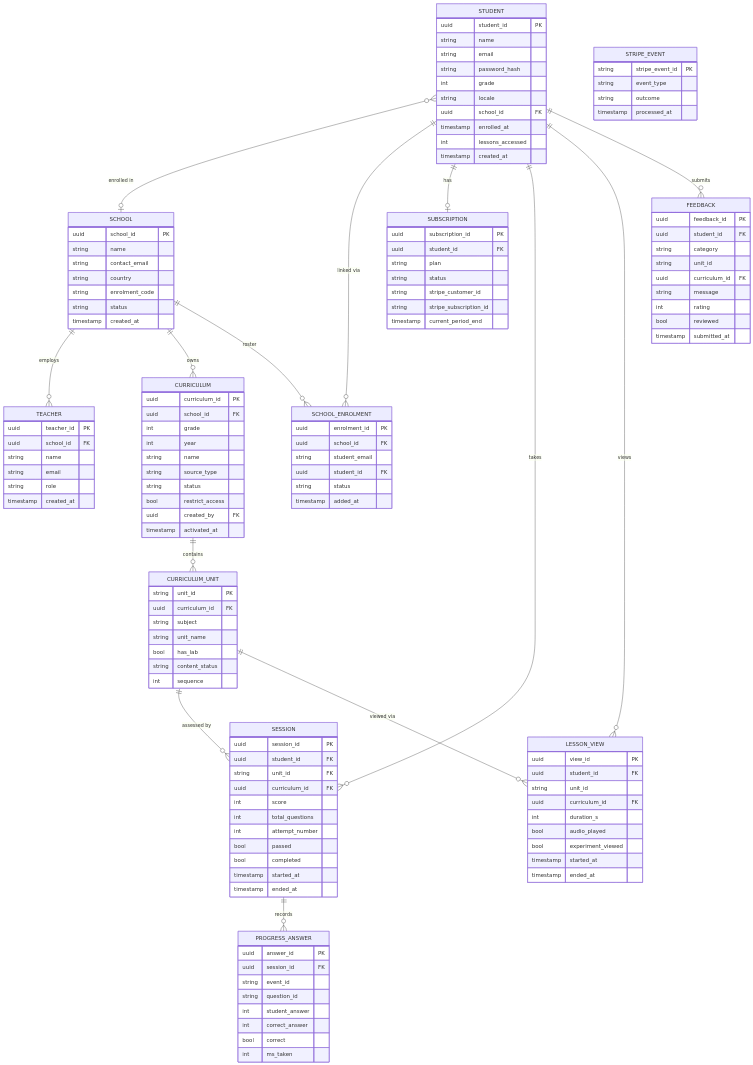
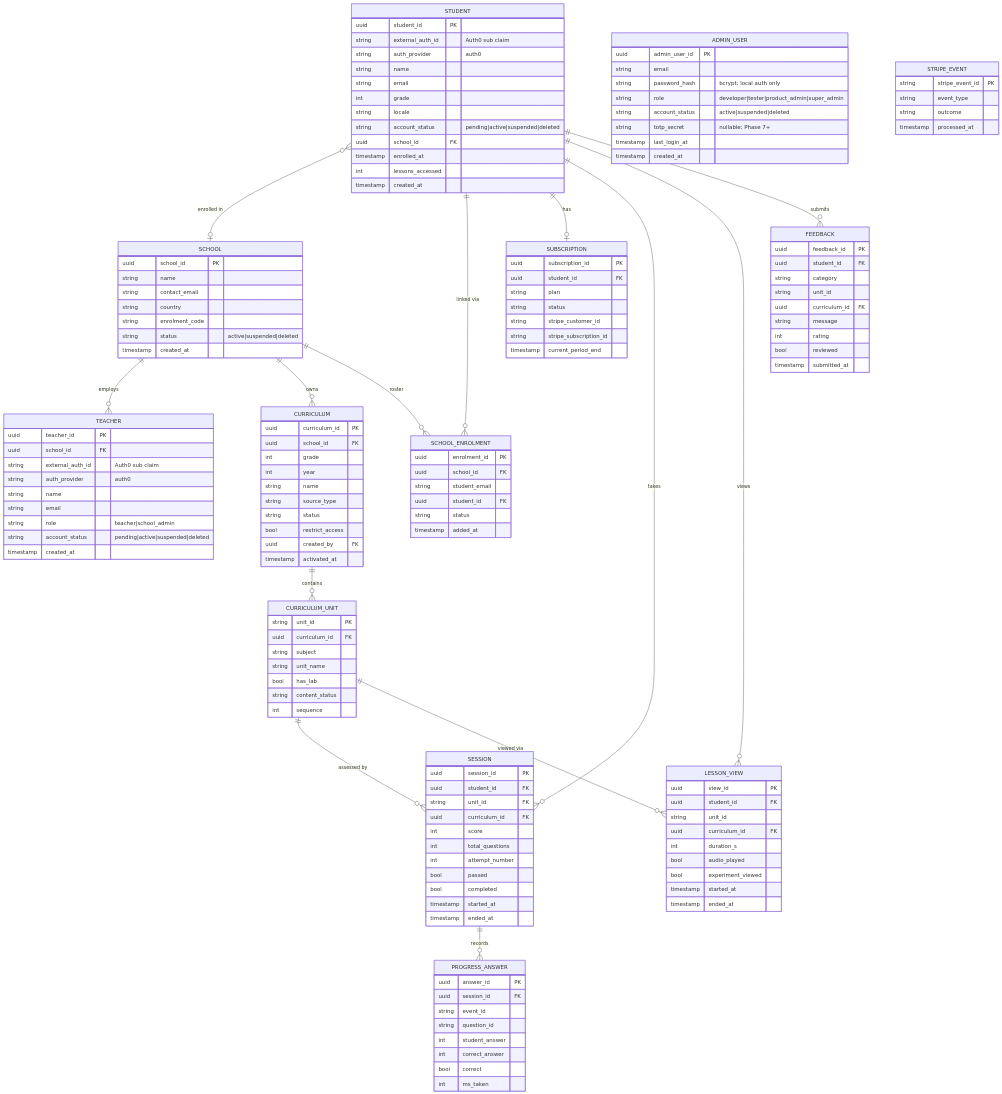
Before and after one commit to wegofwd2020-hub/StudyBuddy_OnDemand: diagram 12 of 18 in ARCHITECTURE.md, drawn with Mermaid. The commit also changed other lines of this file and 4 other files, not shown here.

```diff
--- a/ARCHITECTURE.md
+++ b/ARCHITECTURE.md
@@ -863,11 +995,13 @@
 erDiagram
     STUDENT {
         uuid student_id PK
+        string external_auth_id "Auth0 sub claim"
+        string auth_provider "auth0"
         string name
         string email
-        string password_hash
         int grade
         string locale
+        string account_status "pending|active|suspended|deleted"
         uuid school_id FK
         timestamp enrolled_at
         int lessons_accessed
@@ -879,15 +1013,28 @@
         string contact_email
         string country
         string enrolment_code
-        string status
+        string status "active|suspended|deleted"
         timestamp created_at
     }
     TEACHER {
         uuid teacher_id PK
         uuid school_id FK
+        string external_auth_id "Auth0 sub claim"
+        string auth_provider "auth0"
         string name
         string email
-        string role
+        string role "teacher|school_admin"
+        string account_status "pending|active|suspended|deleted"
+        timestamp created_at
+    }
+    ADMIN_USER {
+        uuid admin_user_id PK
+        string email
+        string password_hash "bcrypt; local auth only"
+        string role "developer|tester|product_admin|super_admin"
+        string account_status "active|suspended|deleted"
+        string totp_secret "nullable; Phase 7+"
+        timestamp last_login_at
         timestamp created_at
     }
     CURRICULUM {
```
